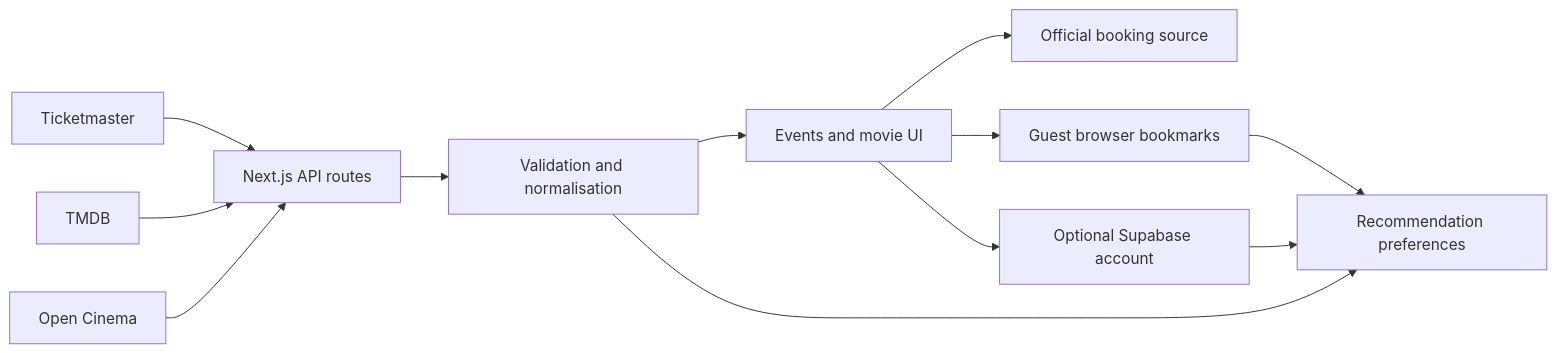
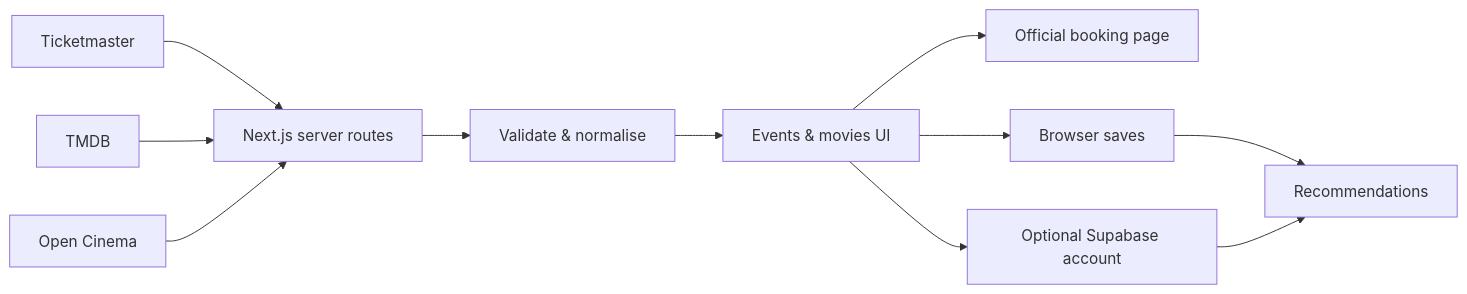
The diagram in README.md (hannnnnnnny/kiwicue), drawn with Mermaid before and after one commit. The commit also changed other lines of this file and 2 other files, not shown here.

````diff
--- a/README.md
+++ b/README.md
@@ -59,14 +65,13 @@
 ```mermaid
 flowchart LR
-    A[Ticketmaster] --> D[Next.js API routes]
+    A[Ticketmaster] --> D[Next.js server routes]
     B[TMDB] --> D
     C[Open Cinema] --> D
-    D --> E[Validation and normalisation]
-    E --> F[Events and movie UI]
-    F --> G[Official booking source]
-    F --> H[Guest browser bookmarks]
-    H --> I[Recommendation preferences]
+    D --> E[Validate & normalise]
+    E --> F[Events & movies UI]
+    F --> G[Official booking page]
+    F --> H[Browser saves]
     F --> J[Optional Supabase account]
+    H --> I[Recommendations]
     J --> I
-    E --> I
 ```
````
